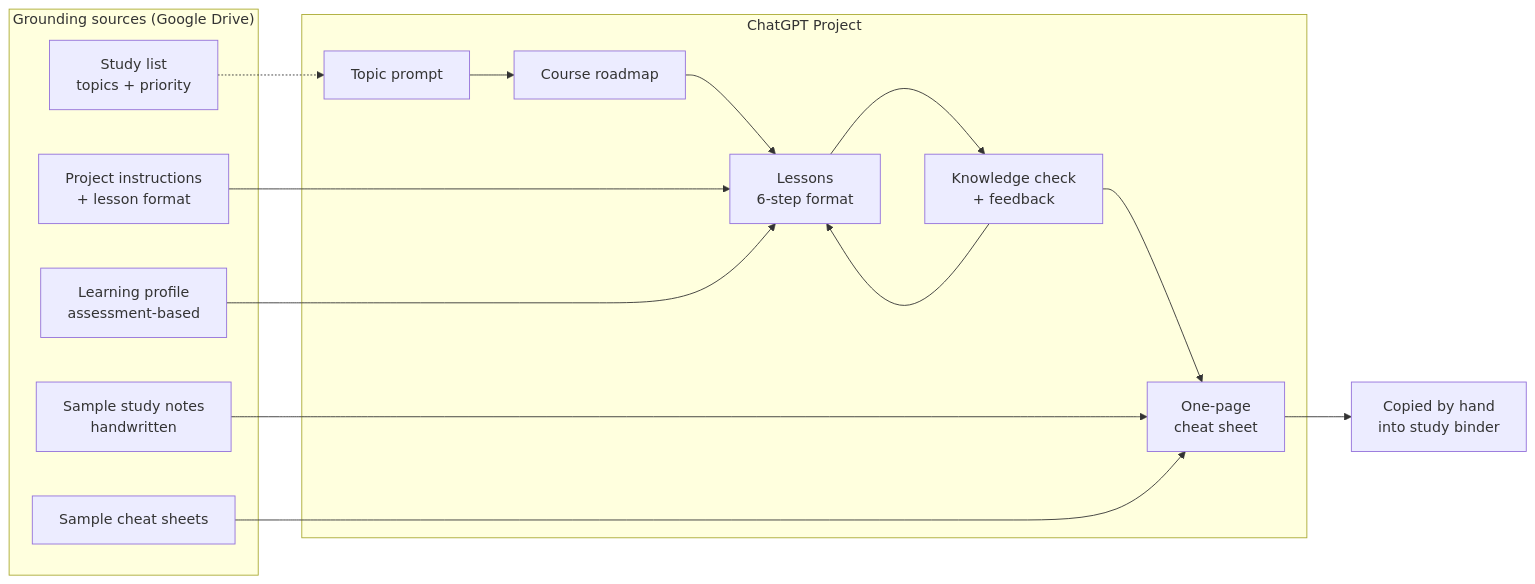
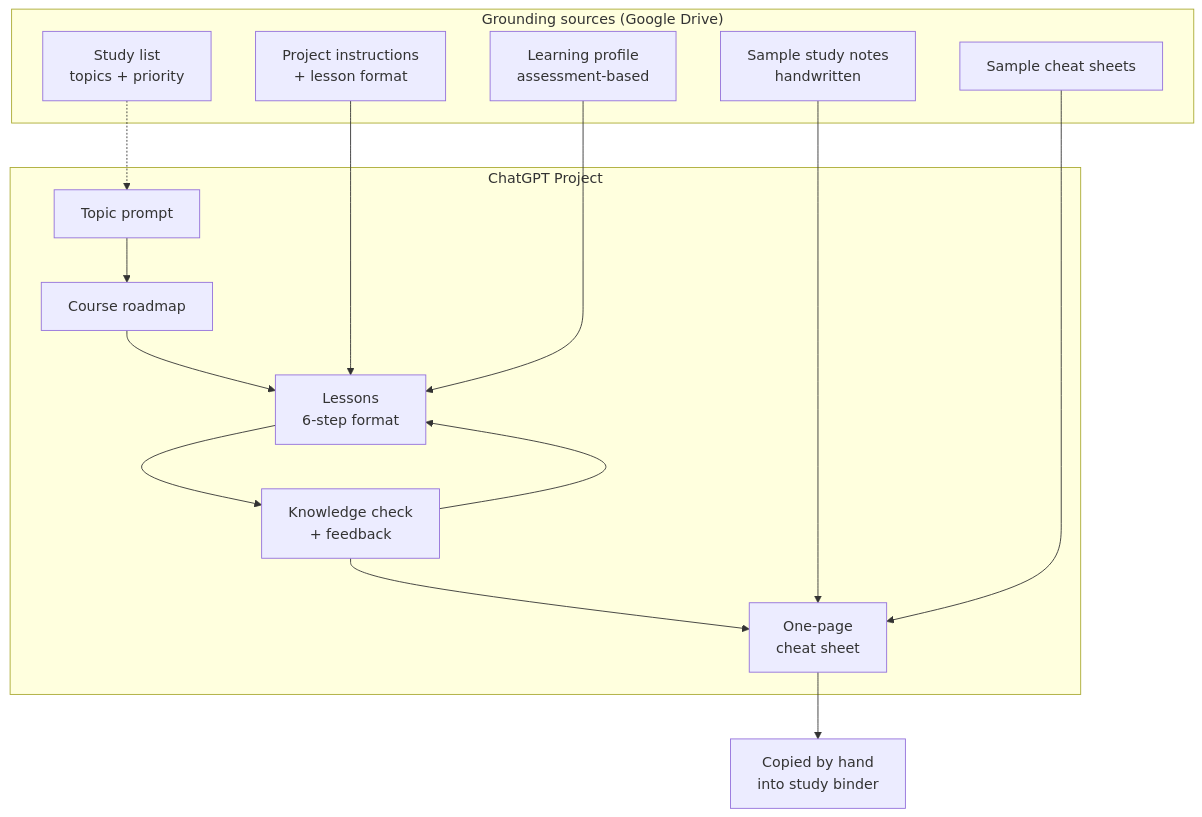
The diagram in README.md (kevinterrier43-byte/personal-ai-educator), drawn with Mermaid before and after one commit.

Commit message:
Use top-down layout for architecture diagram

````diff
--- a/README.md
+++ b/README.md
@@ -50,25 +50,25 @@
 ```mermaid
-flowchart LR
+flowchart TB
     subgraph Sources["Grounding sources (Google Drive)"]
         I[Project instructions<br/>+ lesson format]
         P[Learning profile<br/>assessment-based]
         N[Sample study notes<br/>handwritten]
         C[Sample cheat sheets]
         L[Study list<br/>topics + priority]
     end
 
     subgraph Educator["ChatGPT Project"]
         T[Topic prompt] --> R[Course roadmap]
         R --> LS[Lessons<br/>6-step format]
         LS --> K[Knowledge check<br/>+ feedback]
         K --> LS
         K --> CS[One-page<br/>cheat sheet]
     end
 
     I --> LS
     P --> LS
     N --> CS
     C --> CS
     L -.-> T
     CS --> H[Copied by hand<br/>into study binder]
 ```
````
